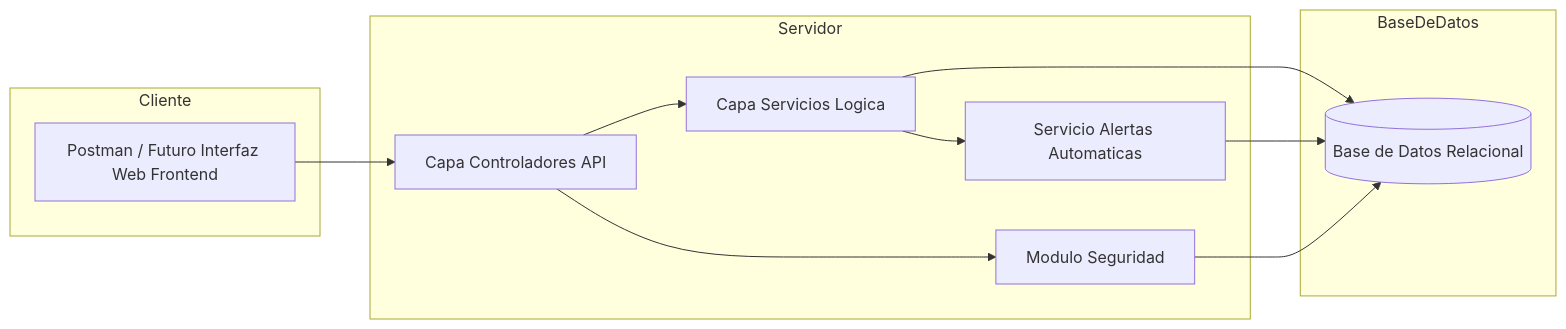
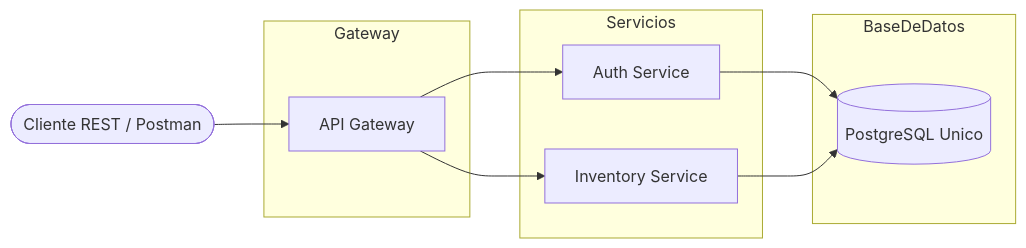
Before and after one commit to jose6668/FarmaExpres-Diagramas: the third of 4 diagrams in README.md, drawn with Mermaid. The commit also changed other lines of this file, not shown here.

Commit message:
(doc: base diagram correction)
The base diagram was adjusted to the documentation specifications.

````diff
--- a/README.md
+++ b/README.md
@@ -169,31 +169,26 @@
 ```mermaid
 flowchart LR
 
-%% Empleado
-subgraph Cliente
-UI[Postman / Futuro Interfaz Web Frontend]
+Cliente([Cliente REST / Postman])
+
+subgraph Gateway
+GW[API Gateway]
 end
 
-%% SERVIDOR
-subgraph Servidor
-Controller[Capa Controladores API]
-Service[Capa Servicios Logica]
-Security[Modulo Seguridad]
-AlertService[Servicio Alertas Automaticas]
+subgraph Servicios
+AUTH[Auth Service]
+INV[Inventory Service]
 end
 
-%% BASE DE DATOS
 subgraph BaseDeDatos
-DB[(Base de Datos Relacional)]
+DB[(PostgreSQL Unico)]
 end
 
-%% FLUJO
-UI --> Controller
-Controller --> Service
-Controller --> Security
-Service --> DB
-Security --> DB
-AlertService --> DB
-Service --> AlertService
+Cliente --> GW
+GW --> AUTH
+GW --> INV
+
+AUTH --> DB
+INV --> DB
 
 ```
````
